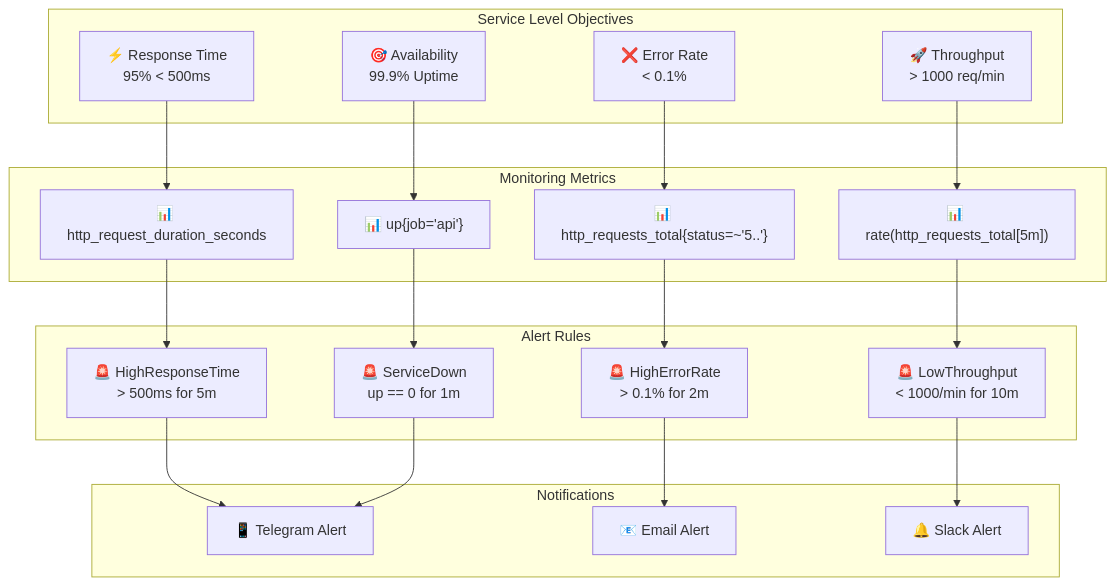
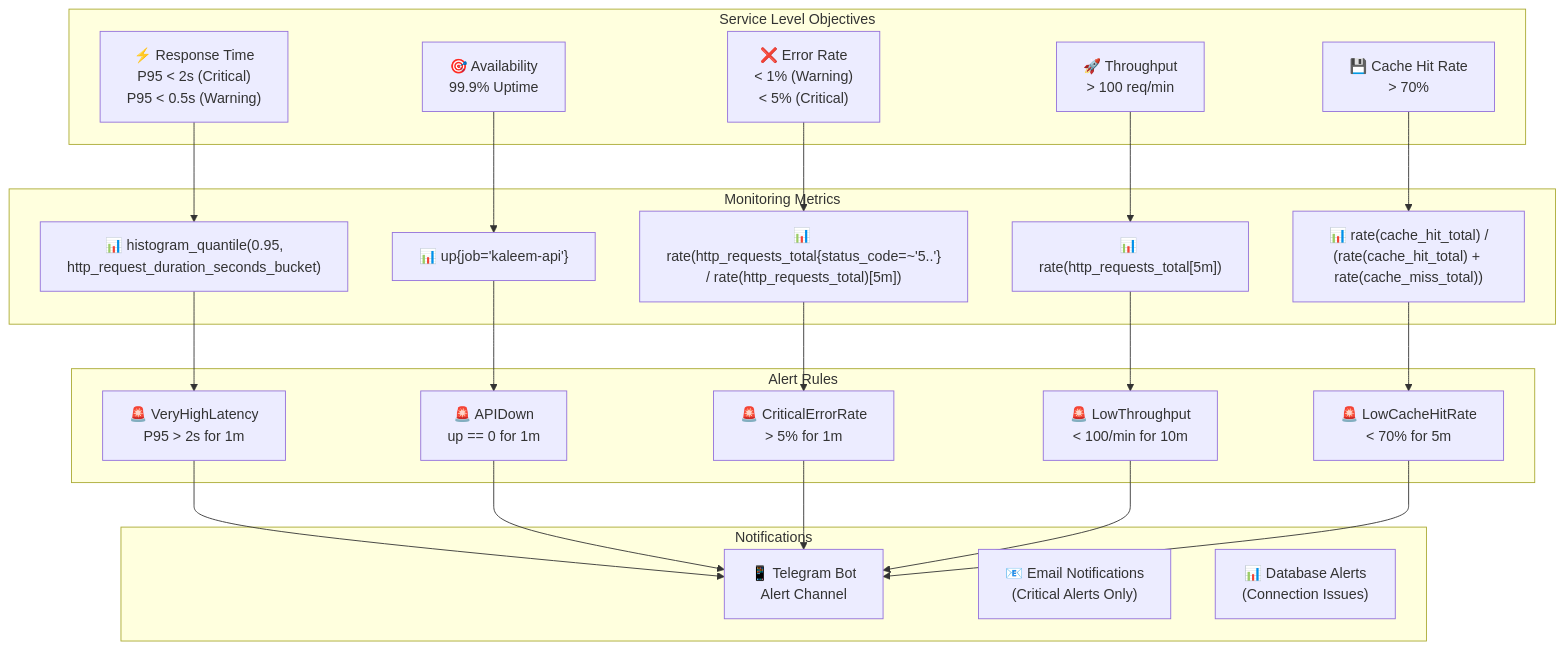
One commit to mpro775/Kleeem-MVP changed the diagram in docs/Other/Monitoring System/monitoring-diagrams/02-slo-alerts-diagram.md. Above: the diagram before and after it, drawn with Mermaid. The commit also changed other lines of this file and 145 other files, not shown here.

````diff
--- a/docs/Other/Monitoring System/monitoring-diagrams/02-slo-alerts-diagram.md
+++ b/docs/Other/Monitoring System/monitoring-diagrams/02-slo-alerts-diagram.md
@@ -5,49 +5,55 @@
 ```mermaid
 graph TB
-    %% SLOs الرئيسية
+    %% SLOs الرئيسية المُطبقة فعلياً
     subgraph "Service Level Objectives"
-        SLO1["⚡ Response Time<br/>95% < 500ms"]
+        SLO1["⚡ Response Time<br/>P95 < 2s (Critical)<br/>P95 < 0.5s (Warning)"]
         SLO2["🎯 Availability<br/>99.9% Uptime"]
-        SLO3["❌ Error Rate<br/>< 0.1%"]
-        SLO4["🚀 Throughput<br/>> 1000 req/min"]
+        SLO3["❌ Error Rate<br/>< 1% (Warning)<br/>< 5% (Critical)"]
+        SLO4["🚀 Throughput<br/>> 100 req/min"]
+        SLO5["💾 Cache Hit Rate<br/>> 70%"]
     end
 
-    %% مقاييس المراقبة
+    %% مقاييس المراقبة الفعلية
     subgraph "Monitoring Metrics"
-        M1["📊 http_request_duration_seconds"]
-        M2["📊 up{job='api'}"]
-        M3["📊 http_requests_total{status=~'5..'}"]
+        M1["📊 histogram_quantile(0.95,<br/>http_request_duration_seconds_bucket)"]
+        M2["📊 up{job='kaleem-api'}"]
+        M3["📊 rate(http_requests_total{status_code=~'5..'}<br/>/ rate(http_requests_total)[5m])"]
         M4["📊 rate(http_requests_total[5m])"]
+        M5["📊 rate(cache_hit_total) /<br/>(rate(cache_hit_total) + rate(cache_miss_total))"]
     end
 
-    %% قواعد التنبيه
+    %% قواعد التنبيه الفعلية
     subgraph "Alert Rules"
-        A1["🚨 HighResponseTime<br/>> 500ms for 5m"]
-        A2["🚨 ServiceDown<br/>up == 0 for 1m"]
-        A3["🚨 HighErrorRate<br/>> 0.1% for 2m"]
-        A4["🚨 LowThroughput<br/>< 1000/min for 10m"]
+        A1["🚨 VeryHighLatency<br/>P95 > 2s for 1m"]
+        A2["🚨 APIDown<br/>up == 0 for 1m"]
+        A3["🚨 CriticalErrorRate<br/>> 5% for 1m"]
+        A4["🚨 LowThroughput<br/>< 100/min for 10m"]
+        A5["🚨 LowCacheHitRate<br/>< 70% for 5m"]
     end
 
-    %% التنبيهات
+    %% التنبيهات الفعلية
     subgraph "Notifications"
-        T1["📱 Telegram Alert"]
-        E1["📧 Email Alert"]
-        S1["🔔 Slack Alert"]
+        T1["📱 Telegram Bot<br/>Alert Channel"]
+        E1["📧 Email Notifications<br/>(Critical Alerts Only)"]
+        DB["📊 Database Alerts<br/>(Connection Issues)"]
     end
 
     %% العلاقات
     SLO1 --> M1
     SLO2 --> M2
     SLO3 --> M3
     SLO4 --> M4
+    SLO5 --> M5
 
     M1 --> A1
     M2 --> A2
     M3 --> A3
     M4 --> A4
+    M5 --> A5
 
     A1 --> T1
     A2 --> T1
-    A3 --> E1
-    A4 --> S1
+    A3 --> T1
+    A4 --> T1
+    A5 --> T1
 ```
````
